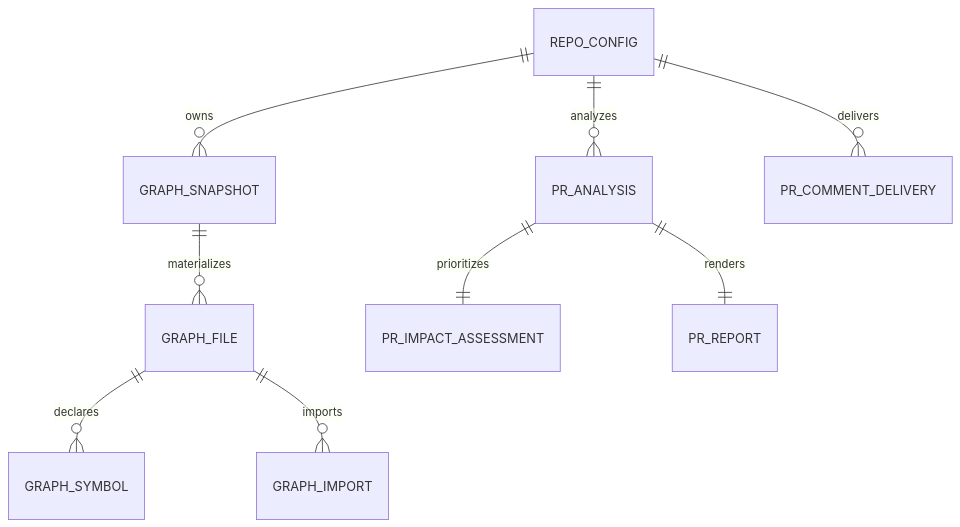
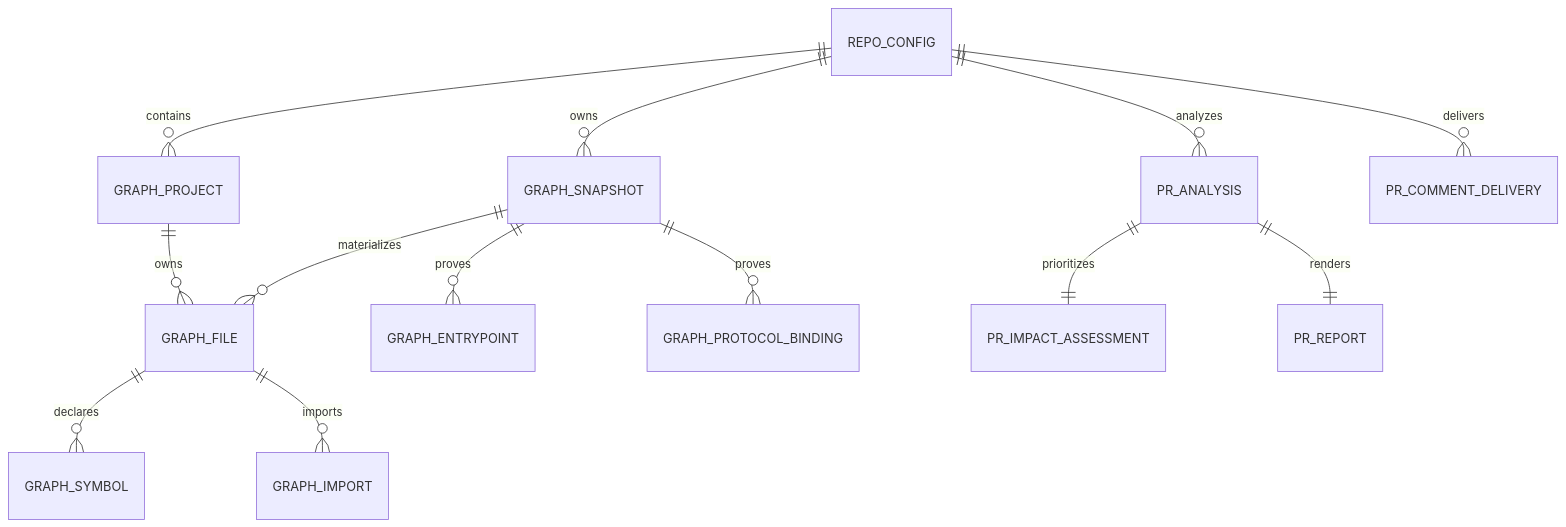
One commit to naeemdadi/impact-analysis changed the second of 2 diagrams in docs/ARCHITECTURE.md. Above: the diagram before and after it, drawn with Mermaid. The commit also changed other lines of this file and 26 other files, not shown here.

````diff
--- a/docs/ARCHITECTURE.md
+++ b/docs/ARCHITECTURE.md
@@ -95,11 +95,15 @@
 ```mermaid
 erDiagram
   REPO_CONFIG ||--o{ GRAPH_SNAPSHOT : owns
+  REPO_CONFIG ||--o{ GRAPH_PROJECT : contains
   GRAPH_SNAPSHOT ||--o{ GRAPH_FILE : materializes
+  GRAPH_PROJECT ||--o{ GRAPH_FILE : owns
   GRAPH_FILE ||--o{ GRAPH_SYMBOL : declares
   GRAPH_FILE ||--o{ GRAPH_IMPORT : imports
+  GRAPH_SNAPSHOT ||--o{ GRAPH_ENTRYPOINT : proves
+  GRAPH_SNAPSHOT ||--o{ GRAPH_PROTOCOL_BINDING : proves
   REPO_CONFIG ||--o{ PR_ANALYSIS : analyzes
   PR_ANALYSIS ||--|| PR_IMPACT_ASSESSMENT : prioritizes
   PR_ANALYSIS ||--|| PR_REPORT : renders
   REPO_CONFIG ||--o{ PR_COMMENT_DELIVERY : delivers
 ```
````
